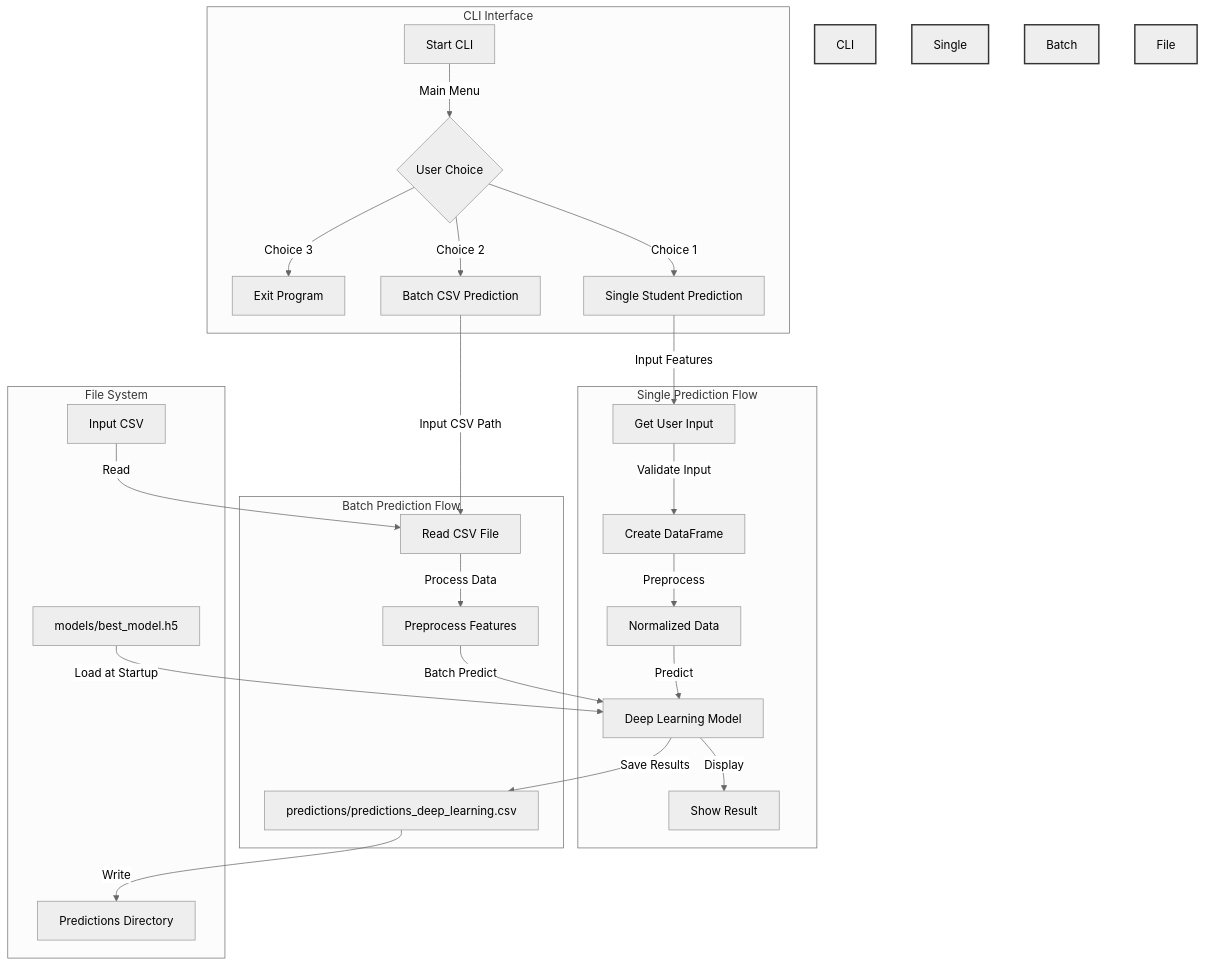
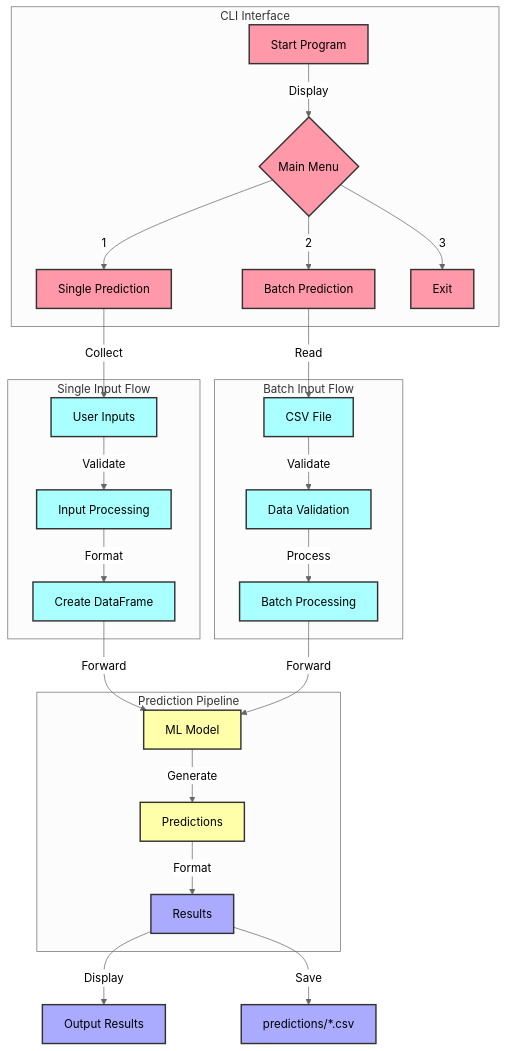
One commit to ogshivam/placementdata_mlp changed the second of 2 diagrams in README.md. Above: the diagram before and after it, drawn with Mermaid (neutral theme). The commit also changed other lines of this file, not shown here.

Commit message:
updated the readme file according to present structure of our repository

````diff
--- a/README.md
+++ b/README.md
@@ -157,35 +161,41 @@
 ```mermaid
 graph TD
     subgraph CLI Interface
-        A[Start CLI] -->|Main Menu| B{User Choice}
-        B -->|Choice 1| C[Single Student Prediction]
-        B -->|Choice 2| D[Batch CSV Prediction]
-        B -->|Choice 3| E[Exit Program]
+        A[Start Program] -->|Display| B{Main Menu}
+        B -->|1| C[Single Prediction]
+        B -->|2| D[Batch Prediction]
+        B -->|3| E[Exit]
     end
 
-    subgraph Single Prediction Flow
-        C -->|Input Features| F[Get User Input]
-        F -->|Validate Input| G[Create DataFrame]
-        G -->|Preprocess| H[Normalized Data]
-        H -->|Predict| I[Deep Learning Model]
-        I -->|Display| J[Show Result]
+    subgraph Single Input Flow
+        C -->|Collect| F[User Inputs]
+        F -->|Validate| G[Input Processing]
+        G -->|Format| H[Create DataFrame]
     end
 
-    subgraph Batch Prediction Flow
-        D -->|Input CSV Path| K[Read CSV File]
-        K -->|Process Data| L[Preprocess Features]
-        L -->|Batch Predict| I
-        I -->|Save Results| M[predictions/predictions_deep_learning.csv]
+    subgraph Batch Input Flow
+        D -->|Read| I[CSV File]
+        I -->|Validate| J[Data Validation]
+        J -->|Process| K[Batch Processing]
     end
 
-    subgraph File System
-        N[models/best_model.h5] -->|Load at Startup| I
-        O[Input CSV] -->|Read| K
-        M -->|Write| P[Predictions Directory]
+    subgraph Prediction Pipeline
+        H -->|Forward| L[ML Model]
+        K -->|Forward| L
+        L -->|Generate| M[Predictions]
+        M -->|Format| N[Results]
     end
 
-    style CLI Interface fill:#f9f,stroke:#333,stroke-width:2px
-    style Single Prediction Flow fill:#bbf,stroke:#333,stroke-width:2px
-    style Batch Prediction Flow fill:#bfb,stroke:#333,stroke-width:2px
-    style File System fill:#fbb,stroke:#333,stroke-width:2px
+    N -->|Display| O[Output Results]
+    N -->|Save| P[predictions/*.csv]
+
+    classDef interface fill:#f9a,stroke:#333,stroke-width:2px
+    classDef flow fill:#aff,stroke:#333,stroke-width:2px
+    classDef pipeline fill:#ffa,stroke:#333,stroke-width:2px
+    classDef output fill:#aaf,stroke:#333,stroke-width:2px
+
+    class A,B,C,D,E interface
+    class F,G,H,I,J,K flow
+    class L,M pipeline
+    class N,O,P output
 ```
````
